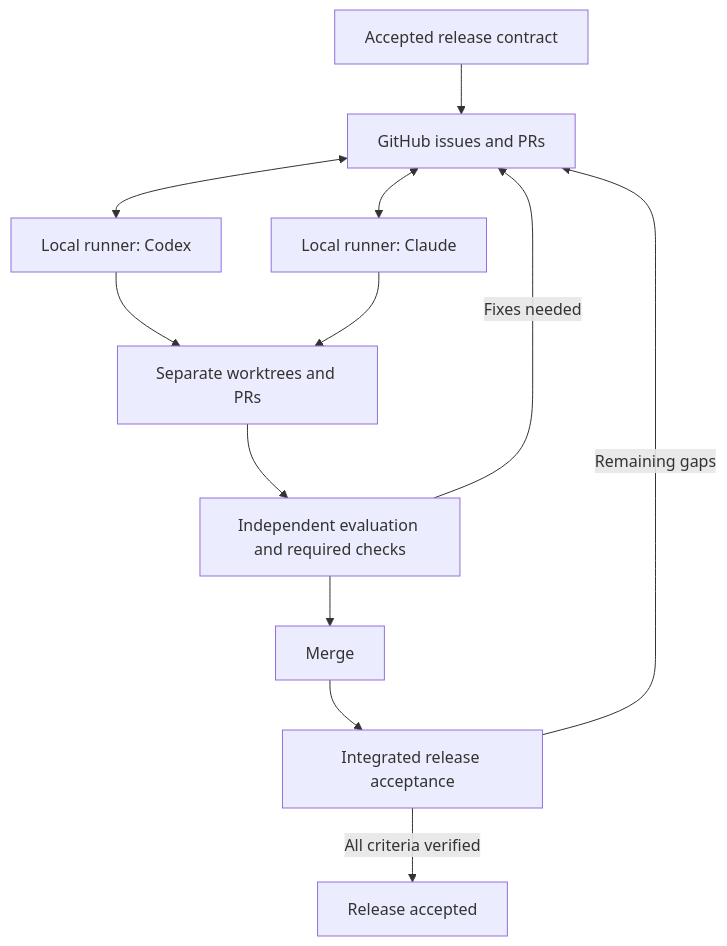
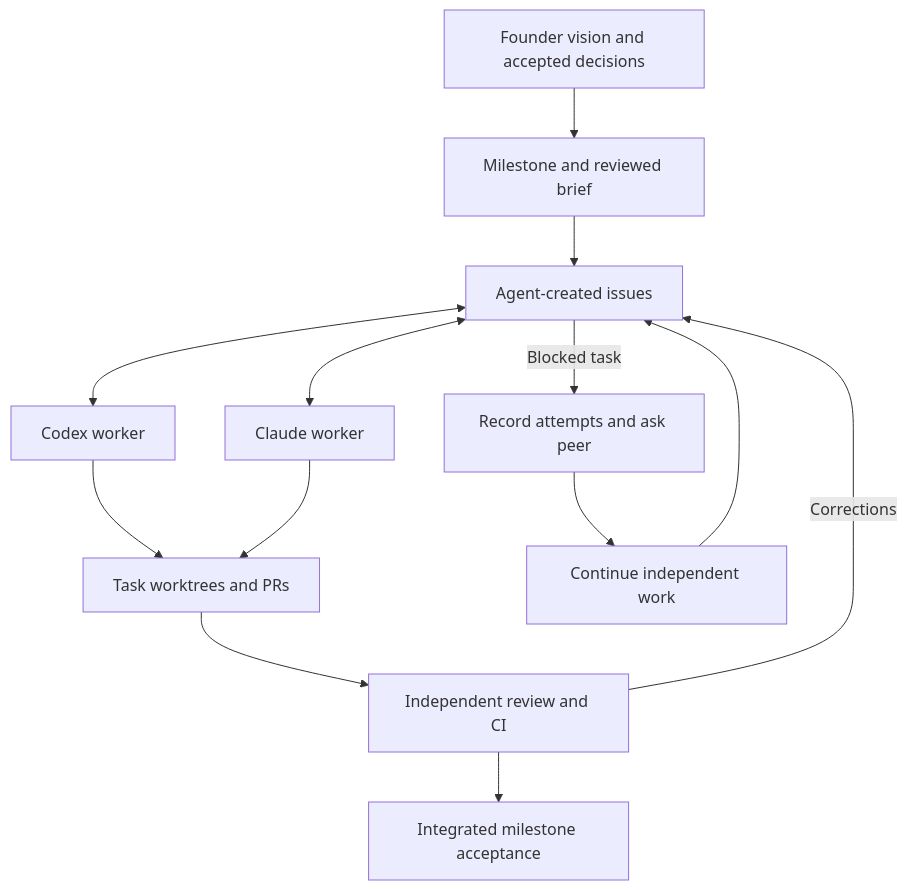
One commit to ColdPhase/flux changed the diagram in docs/agents/README.md. Above: the diagram before and after it, drawn with Mermaid. The commit also changed other lines of this file and 41 other files, not shown here.

Commit message:
feat: add milestone worker loop and Flux product foundation

````diff
--- a/docs/agents/README.md
+++ b/docs/agents/README.md
@@ -22,14 +8,15 @@
 ```mermaid
 flowchart TD
-    R[Accepted release contract] --> G[GitHub issues and PRs]
-    G <--> C[Local runner: Codex]
-    G <--> A[Local runner: Claude]
-    C --> W[Separate worktrees and PRs]
-    A --> W
-    W --> E[Independent evaluation and required checks]
-    E -->|Fixes needed| G
-    E --> M[Merge]
-    M --> V[Integrated release acceptance]
-    V -->|Remaining gaps| G
-    V -->|All criteria verified| D[Release accepted]
+    V[Founder vision and accepted decisions] --> M[Milestone and reviewed brief]
+    M --> I[Agent-created issues]
+    I <--> C[Codex worker]
+    I <--> A[Claude worker]
+    C --> P[Task worktrees and PRs]
+    A --> P
+    P --> E[Independent review and CI]
+    E -->|Corrections| I
+    I -->|Blocked task| B[Record attempts and ask peer]
+    B --> N[Continue independent work]
+    N --> I
+    E --> F[Integrated milestone acceptance]
 ```
````
